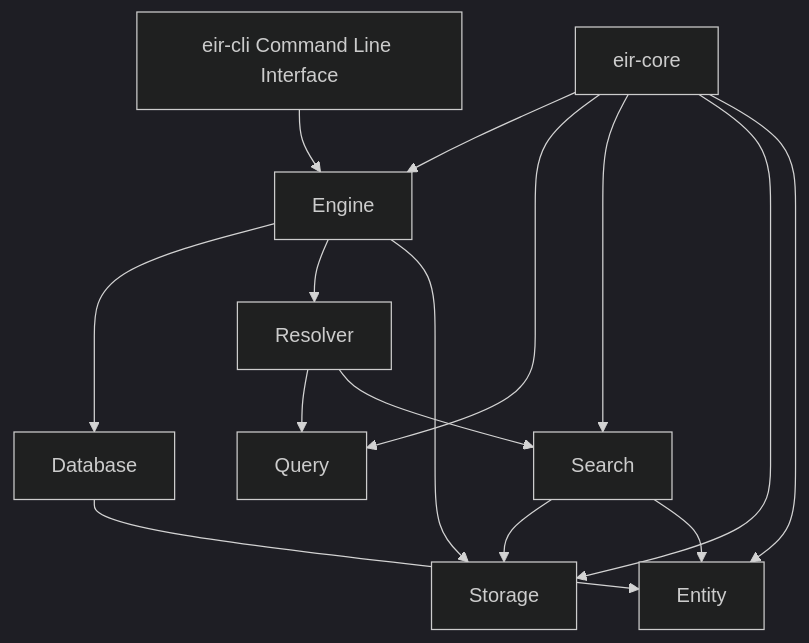
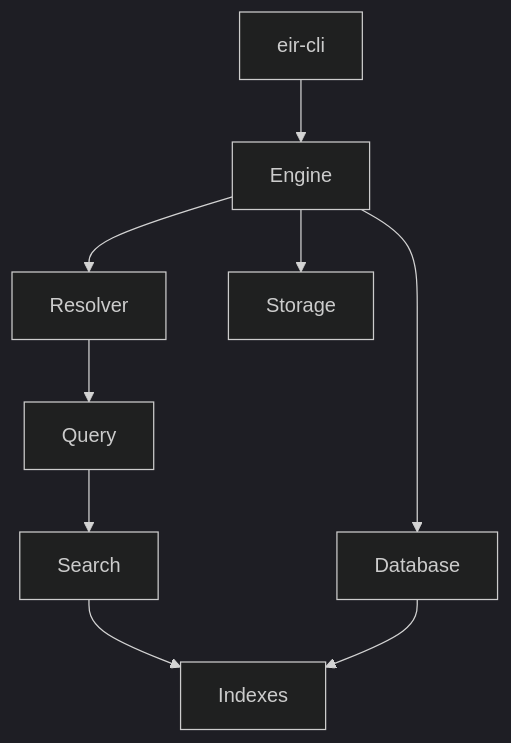
The first of 3 diagrams in README.md (HandsOnDigits/EntityIdentifierResolver), drawn with Mermaid (dark theme) before and after one commit. The commit also changed other lines of this file, not shown here.

First line of the commit message:
Revise README for EIR project updates

````diff
--- a/README.md
+++ b/README.md
@@ -100,33 +31,26 @@
 ```mermaid
 flowchart TB
-    CLI["eir-cli Command Line Interface"]
-
-    CORE["eir-core"]
+    CLI["eir-cli"]
 
     ENGINE["Engine"]
-    DATABASE["Database"]
+
+    DB["Database"]
     RESOLVER["Resolver"]
+    STORAGE["Storage"]
 
     QUERY["Query"]
     SEARCH["Search"]
-    STORAGE["Storage"]
-    ENTITY["Entity"]
+    INDEXES["Indexes"]
 
     CLI --> ENGINE
 
-    CORE --> ENGINE
-    CORE --> QUERY
-    CORE --> SEARCH
-    CORE --> STORAGE
-    CORE --> ENTITY
-
-    ENGINE --> DATABASE
+    ENGINE --> DB
     ENGINE --> RESOLVER
     ENGINE --> STORAGE
 
     RESOLVER --> QUERY
-    RESOLVER --> SEARCH
-    SEARCH --> STORAGE
-    SEARCH --> ENTITY
-    DATABASE --> ENTITY
+    QUERY --> SEARCH
+    SEARCH --> INDEXES
+
+    DB --> INDEXES
 ```
````
